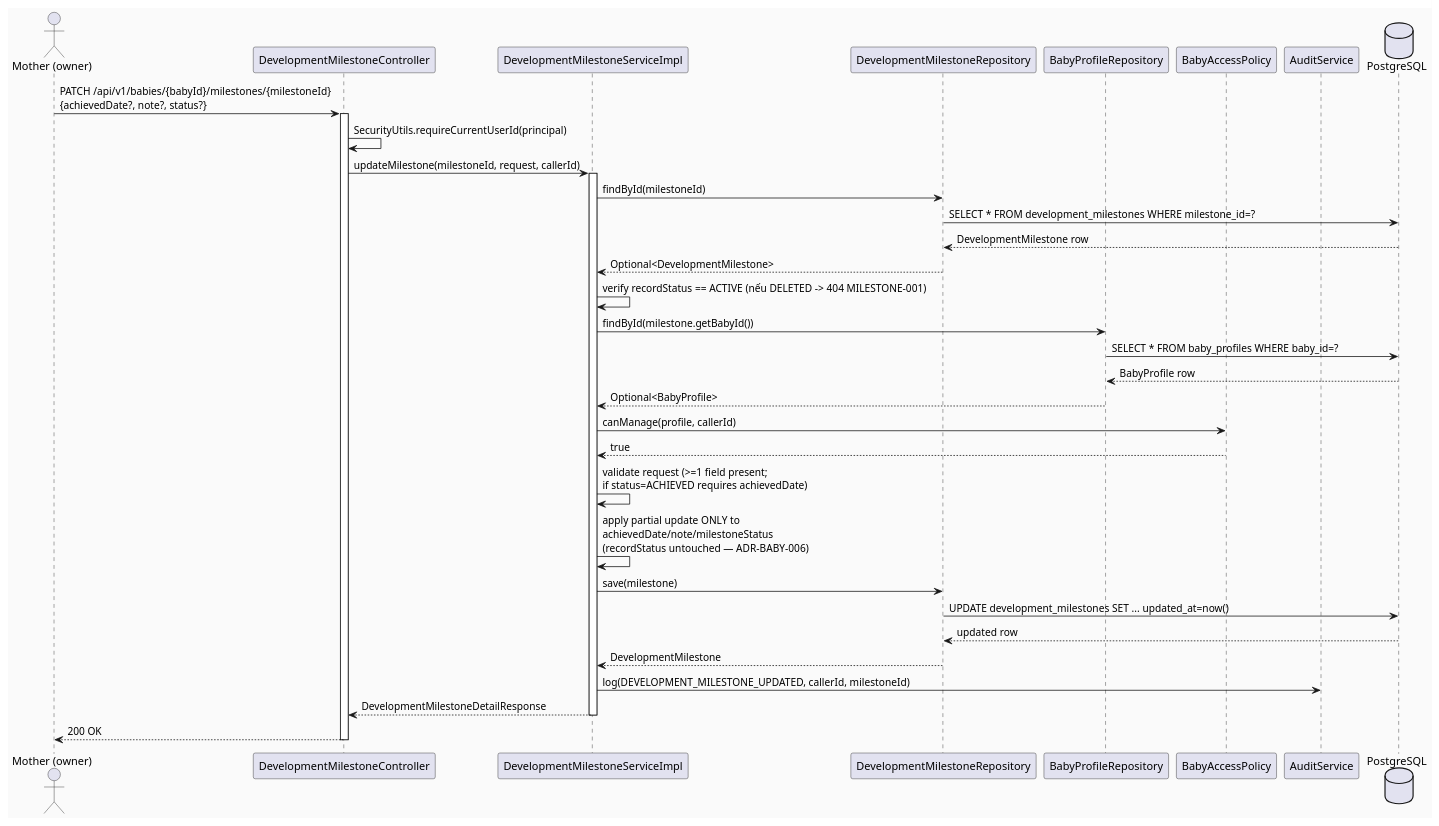
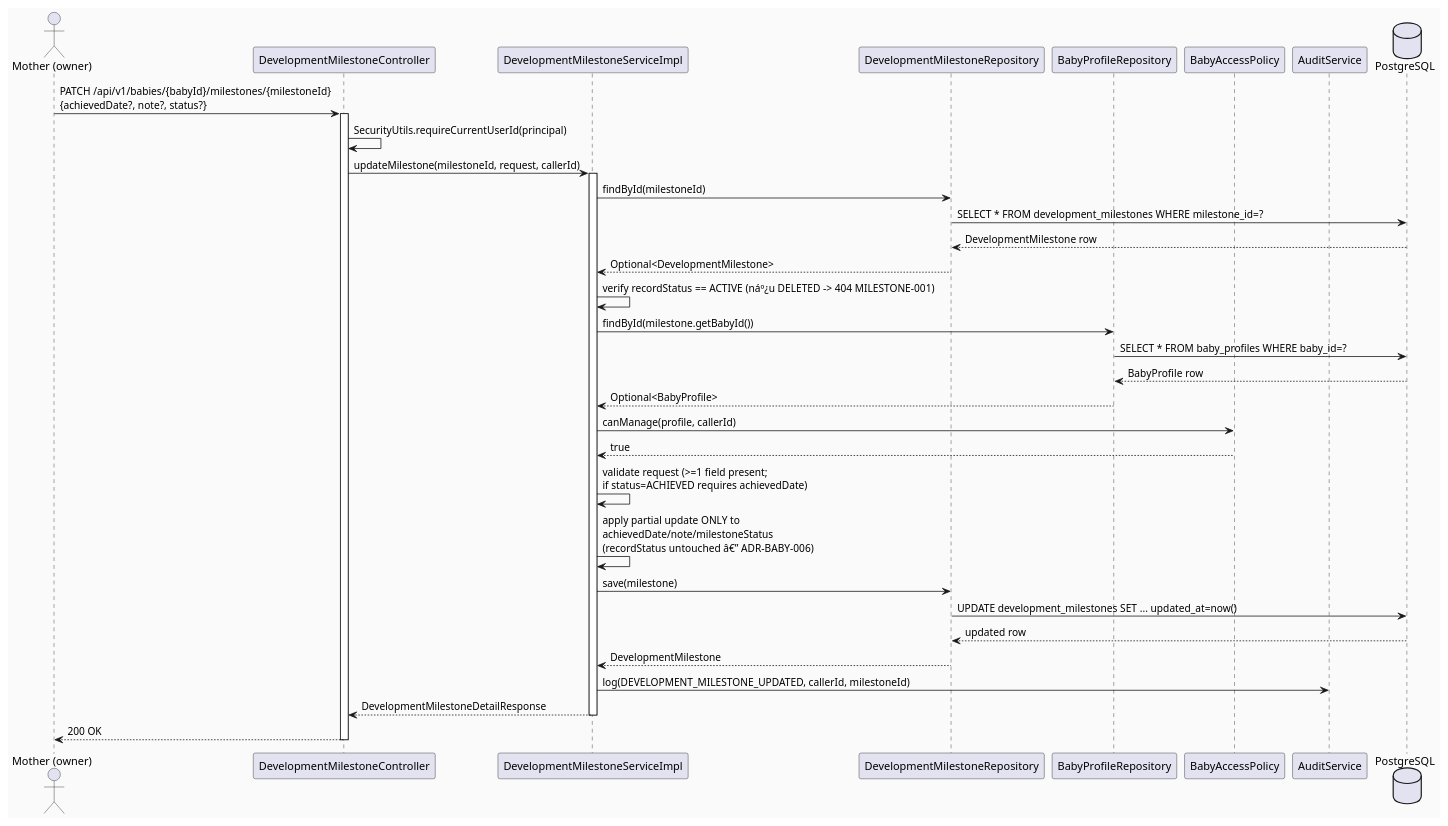
Before and after one commit to ChuongBDHE172784/CareBridge_SEP490_G79: the second of 4 diagrams in 04_Implement/UC196_UpdateDevelopmentMilestone/UC196_UpdateDevelopmentMilestone_TDS.md, drawn with PlantUML. The commit also changed other lines of this file and 201 other files, not shown here.

````diff
--- a/04_Implement/UC196_UpdateDevelopmentMilestone/UC196_UpdateDevelopmentMilestone_TDS.md
+++ b/04_Implement/UC196_UpdateDevelopmentMilestone/UC196_UpdateDevelopmentMilestone_TDS.md
@@ -352,47 +353,47 @@
 ```plantuml
 @startuml UpdateDevelopmentMilestone_HappyPath
 skinparam backgroundColor #FAFAFA
 actor "Mother (owner)" as Client
 participant "DevelopmentMilestoneController" as Controller
 participant "DevelopmentMilestoneServiceImpl" as Service
 participant "DevelopmentMilestoneRepository" as MRepo
 participant "BabyProfileRepository" as PRepo
 participant "BabyAccessPolicy" as Policy
 participant "AuditService" as Audit
 database "PostgreSQL" as DB
 
 Client -> Controller : PATCH /api/v1/babies/{babyId}/milestones/{milestoneId}\n{achievedDate?, note?, status?}
 activate Controller
 Controller -> Controller : SecurityUtils.requireCurrentUserId(principal)
 Controller -> Service : updateMilestone(milestoneId, request, callerId)
 activate Service
 
 Service -> MRepo : findById(milestoneId)
 MRepo -> DB : SELECT * FROM development_milestones WHERE milestone_id=?
 DB --> MRepo : DevelopmentMilestone row
 MRepo --> Service : Optional<DevelopmentMilestone>
 
-Service -> Service : verify recordStatus == ACTIVE (nếu DELETED -> 404 MILESTONE-001)
+Service -> Service : verify recordStatus == ACTIVE (náº¿u DELETED -> 404 MILESTONE-001)
 
 Service -> PRepo : findById(milestone.getBabyId())
 PRepo -> DB : SELECT * FROM baby_profiles WHERE baby_id=?
 DB --> PRepo : BabyProfile row
 PRepo --> Service : Optional<BabyProfile>
 
 Service -> Policy : canManage(profile, callerId)
 Policy --> Service : true
 
 Service -> Service : validate request (>=1 field present;\nif status=ACHIEVED requires achievedDate)
-Service -> Service : apply partial update ONLY to\nachievedDate/note/milestoneStatus\n(recordStatus untouched — ADR-BABY-006)
+Service -> Service : apply partial update ONLY to\nachievedDate/note/milestoneStatus\n(recordStatus untouched â€” ADR-BABY-006)
 Service -> MRepo : save(milestone)
 MRepo -> DB : UPDATE development_milestones SET ... updated_at=now()
 DB --> MRepo : updated row
 MRepo --> Service : DevelopmentMilestone
 
 Service -> Audit : log(DEVELOPMENT_MILESTONE_UPDATED, callerId, milestoneId)
 Service --> Controller : DevelopmentMilestoneDetailResponse
 deactivate Service
 Controller --> Client : 200 OK
 deactivate Controller
 @enduml
 ```
````
